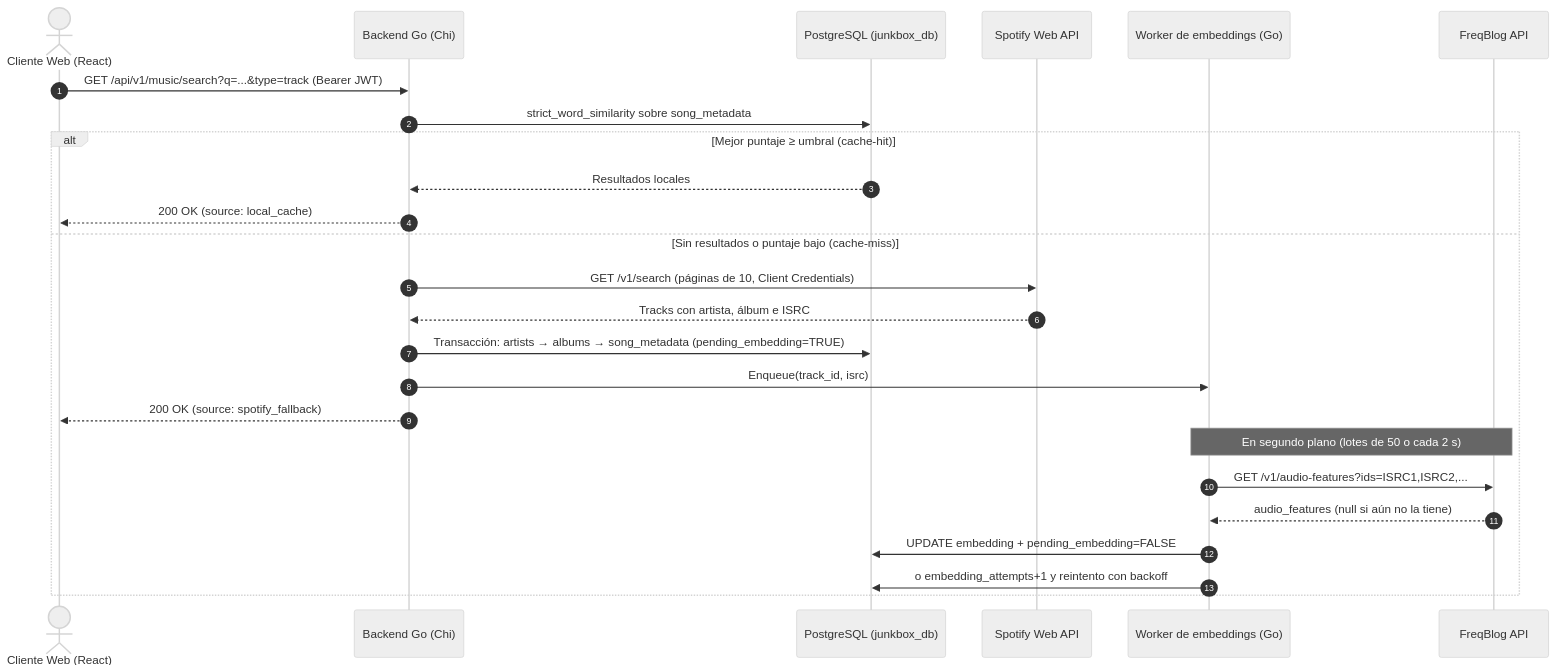
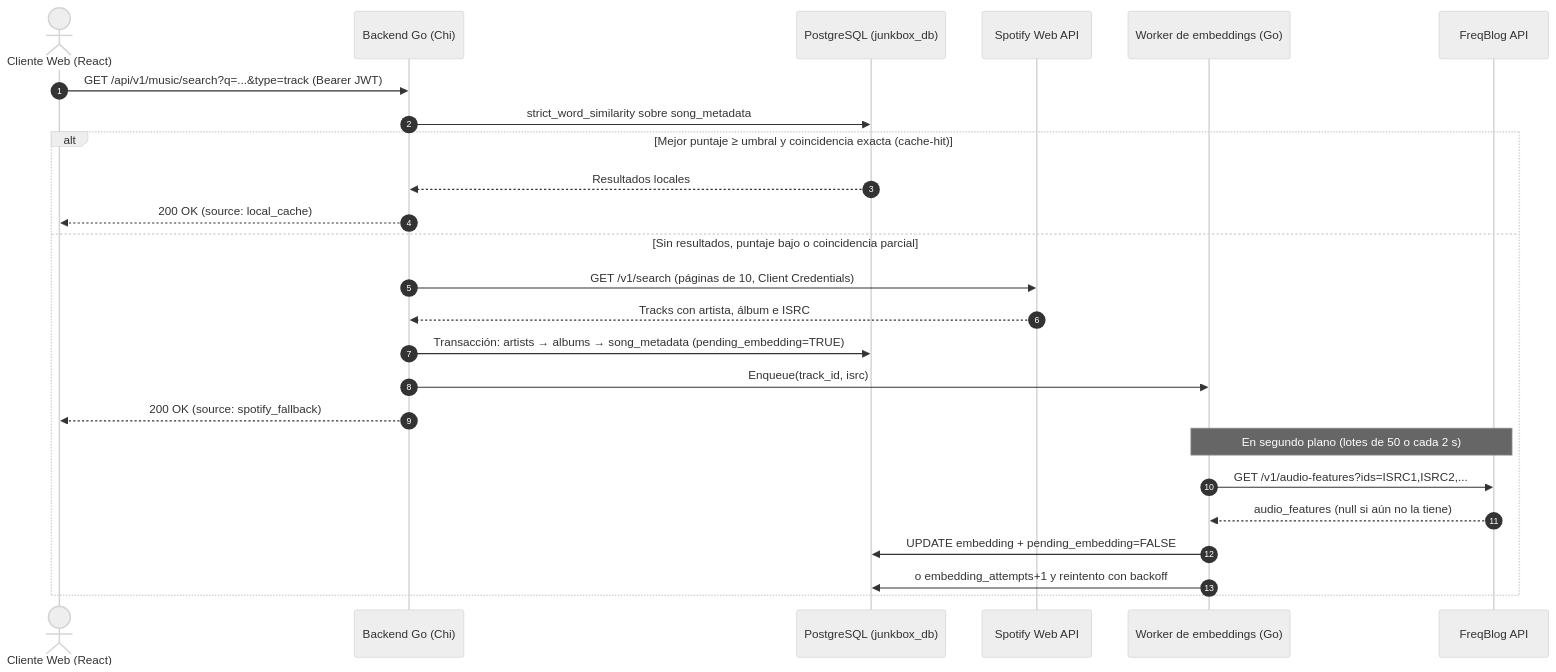
One commit to xcxsar/junkbox-backend changed the first of 2 diagrams in implementacion.md. Above: the diagram before and after it, drawn with Mermaid (neutral theme). The commit also changed other lines of this file and 11 other files, not shown here.

Commit message:
fix: Atender SEARCH-01: La búsqueda ahora ignora tildes y se desempata por puntaje, coincidencia exacta, popularidad y similaridad.

````diff
--- a/implementacion.md
+++ b/implementacion.md
@@ -1092,28 +1095,28 @@
 ```mermaid
 sequenceDiagram
     autonumber
     actor Cliente as Cliente Web (React)
     participant API as Backend Go (Chi)
     participant DB as PostgreSQL (junkbox_db)
     participant Spotify as Spotify Web API
     participant Worker as Worker de embeddings (Go)
     participant FreqBlog as FreqBlog API
 
     Cliente->>API: GET /api/v1/music/search?q=...&type=track (Bearer JWT)
     API->>DB: strict_word_similarity sobre song_metadata
-    alt Mejor puntaje ≥ umbral (cache-hit)
+    alt Mejor puntaje ≥ umbral y coincidencia exacta (cache-hit)
         DB-->>API: Resultados locales
         API-->>Cliente: 200 OK (source: local_cache)
-    else Sin resultados o puntaje bajo (cache-miss)
+    else Sin resultados, puntaje bajo o coincidencia parcial
         API->>Spotify: GET /v1/search (páginas de 10, Client Credentials)
         Spotify-->>API: Tracks con artista, álbum e ISRC
         API->>DB: Transacción: artists → albums → song_metadata (pending_embedding=TRUE)
         API->>Worker: Enqueue(track_id, isrc)
         API-->>Cliente: 200 OK (source: spotify_fallback)
         Note over Worker, FreqBlog: En segundo plano (lotes de 50 o cada 2 s)
         Worker->>FreqBlog: GET /v1/audio-features?ids=ISRC1,ISRC2,...
         FreqBlog-->>Worker: audio_features (null si aún no la tiene)
         Worker->>DB: UPDATE embedding + pending_embedding=FALSE
         Worker->>DB: o embedding_attempts+1 y reintento con backoff
     end
 ```
````
